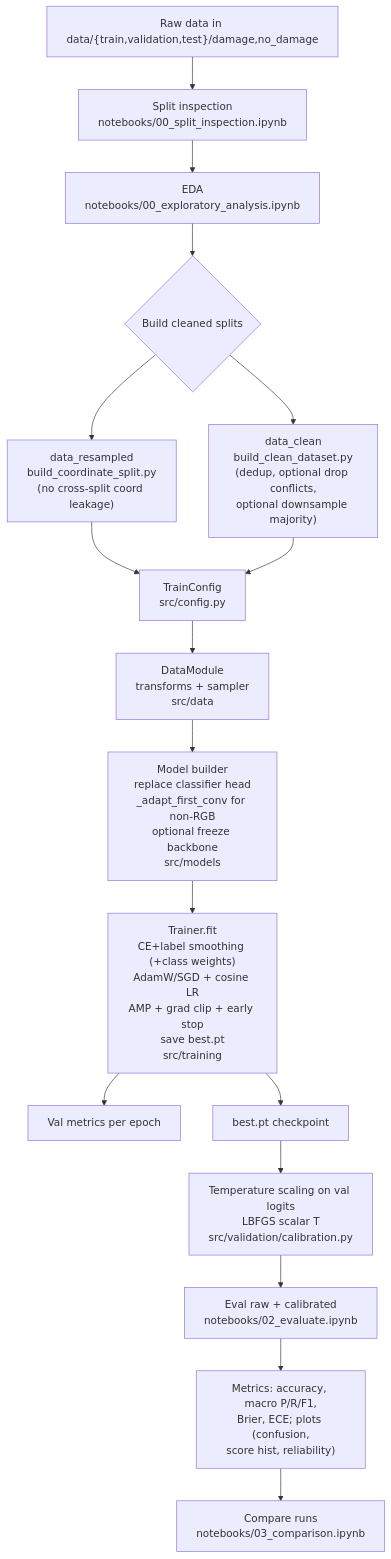
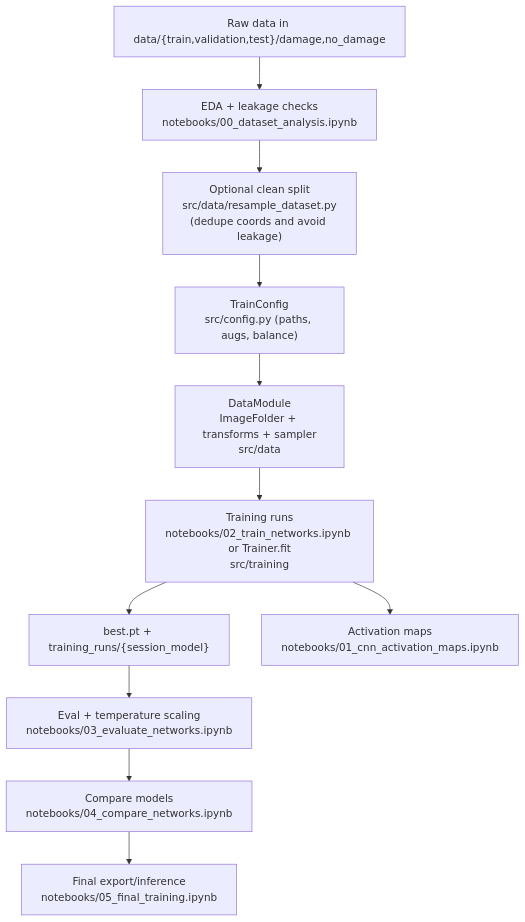
Before and after one commit to syX113/ipeo-hurricane-damage-detection: the diagram in README.md, drawn with Mermaid. The commit also changed other lines of this file and 3 other files, not shown here.

````diff
--- a/README.md
+++ b/README.md
@@ -27,19 +26,13 @@
 ```mermaid
 graph TD
-  A["Raw data in data/{train,validation,test}/damage,no_damage"] --> B["Split inspection<br/>notebooks/00_split_inspection.ipynb"]
-  B --> C["EDA<br/>notebooks/00_exploratory_analysis.ipynb"]
-  C --> D{Build cleaned splits}
-  D --> D1["data_resampled<br/>build_coordinate_split.py<br/>(no cross-split coord leakage)"]
-  D --> D2["data_clean<br/>build_clean_dataset.py<br/>(dedup, optional drop conflicts,<br/>optional downsample majority)"]
-  D1 --> E["TrainConfig<br/>src/config.py"]
-  D2 --> E
-  E --> F["DataModule<br/>transforms + sampler<br/>src/data"]
-  F --> G["Model builder<br/>replace classifier head<br/>_adapt_first_conv for non-RGB<br/>optional freeze backbone<br/>src/models"]
-  G --> H["Trainer.fit<br/>CE+label smoothing (+class weights)<br/>AdamW/SGD + cosine LR<br/>AMP + grad clip + early stop<br/>save best.pt<br/>src/training"]
-  H --> I["Val metrics per epoch"]
-  H --> J["best.pt checkpoint"]
-  J --> K["Temperature scaling on val logits<br/>LBFGS scalar T<br/>src/validation/calibration.py"]
-  K --> L["Eval raw + calibrated<br/>notebooks/02_evaluate.ipynb"]
-  L --> M["Metrics: accuracy, macro P/R/F1,<br/>Brier, ECE; plots (confusion,<br/>score hist, reliability)"]
-  M --> N["Compare runs<br/>notebooks/03_comparison.ipynb"]
+  A["Raw data in data/{train,validation,test}/damage,no_damage"] --> B["EDA + leakage checks<br/>notebooks/00_dataset_analysis.ipynb"]
+  B --> C["Optional clean split<br/>src/data/resample_dataset.py<br/>(dedupe coords and avoid leakage)"]
+  C --> D["TrainConfig<br/>src/config.py (paths, augs, balance)"]
+  D --> E["DataModule<br/>ImageFolder + transforms + sampler<br/>src/data"]
+  E --> F["Training runs<br/>notebooks/02_train_networks.ipynb or Trainer.fit<br/>src/training"]
+  F --> G["best.pt + training_runs/{session_model}"]
+  F --> H["Activation maps<br/>notebooks/01_cnn_activation_maps.ipynb"]
+  G --> I["Eval + temperature scaling<br/>notebooks/03_evaluate_networks.ipynb"]
+  I --> J["Compare models<br/>notebooks/04_compare_networks.ipynb"]
+  J --> K["Final export/inference<br/>notebooks/05_final_training.ipynb"]
 ```
````
